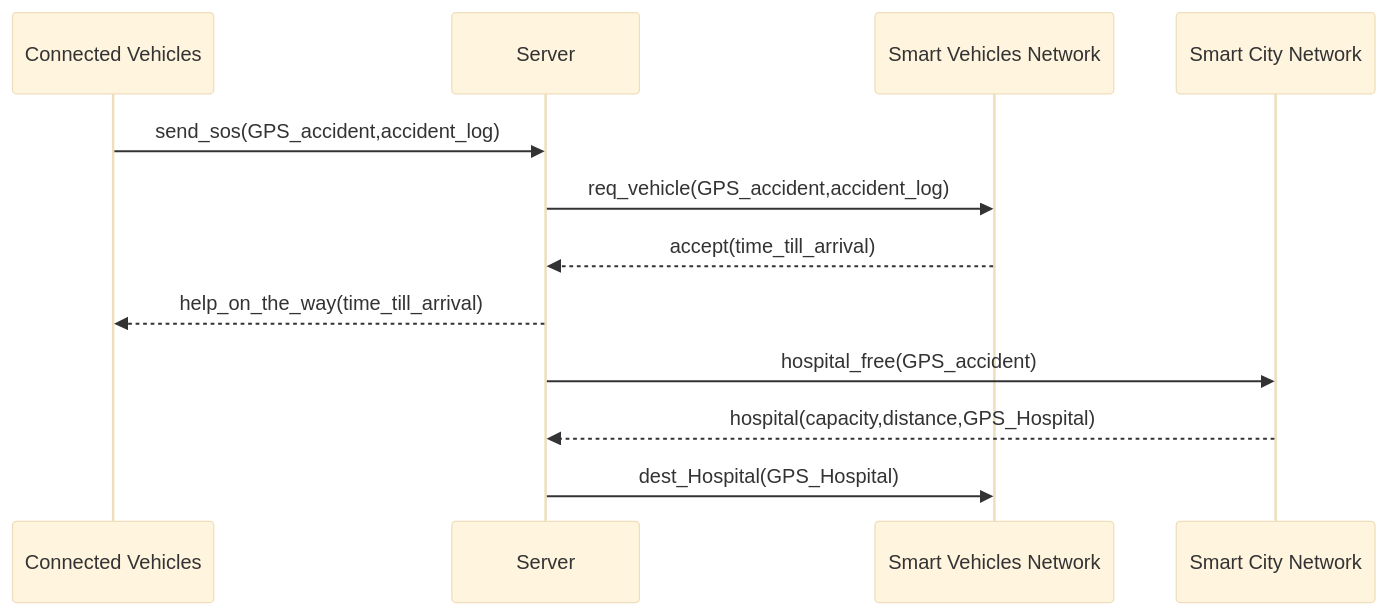
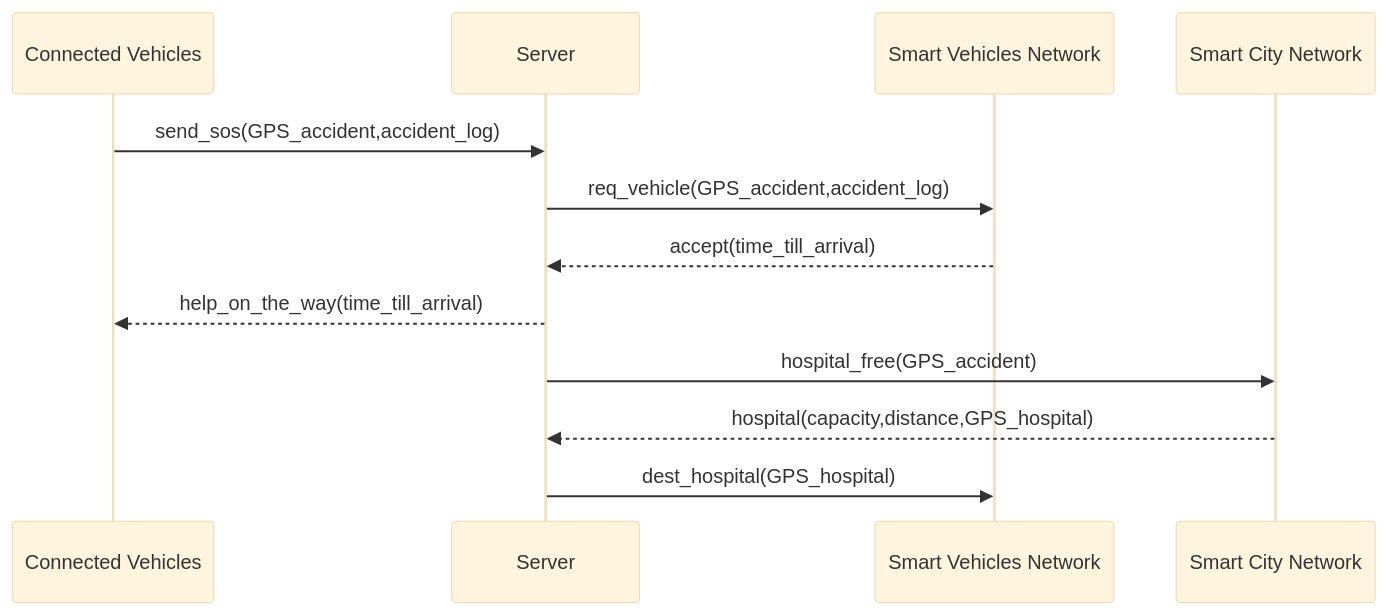
Before and after one commit to Domenic0312/InteraktionskonzepteServer: the diagram in README.md, drawn with Mermaid (base theme).

````diff
--- a/README.md
+++ b/README.md
@@ -20,15 +20,15 @@
 ```mermaid
 sequenceDiagram
 
 Connected Vehicles ->> Server: send_sos(GPS_accident,accident_log)
 
 Server->>Smart Vehicles Network: req_vehicle(GPS_accident,accident_log)
 Smart Vehicles Network -->> Server: accept(time_till_arrival)
 
 Server-->> Connected Vehicles: help_on_the_way(time_till_arrival)
 
 Server->>Smart City Network: hospital_free(GPS_accident)
-Smart City Network -->> Server: hospital(capacity,distance,GPS_Hospital)
+Smart City Network -->> Server: hospital(capacity,distance,GPS_hospital)
 
-Server->>Smart Vehicles Network: dest_Hospital(GPS_Hospital)
+Server->>Smart Vehicles Network: dest_hospital(GPS_hospital)
 ```
````
